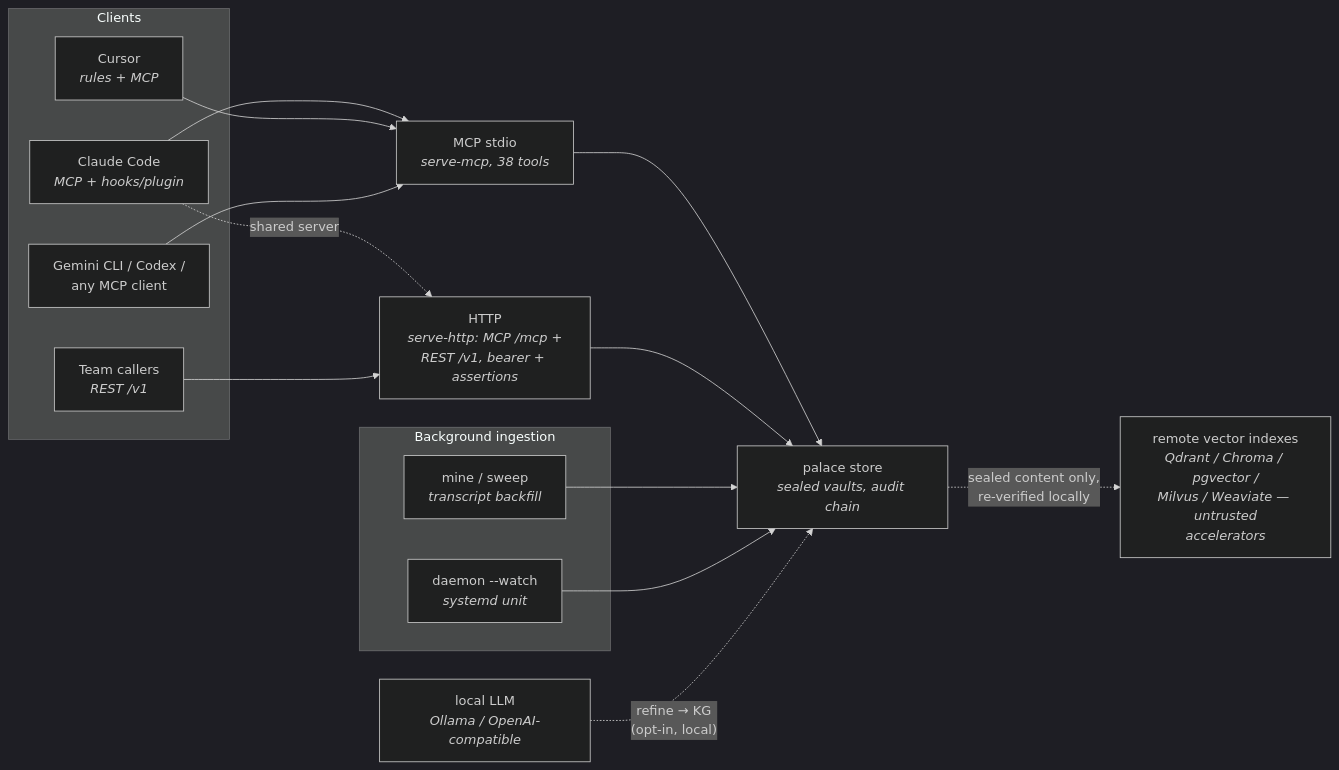
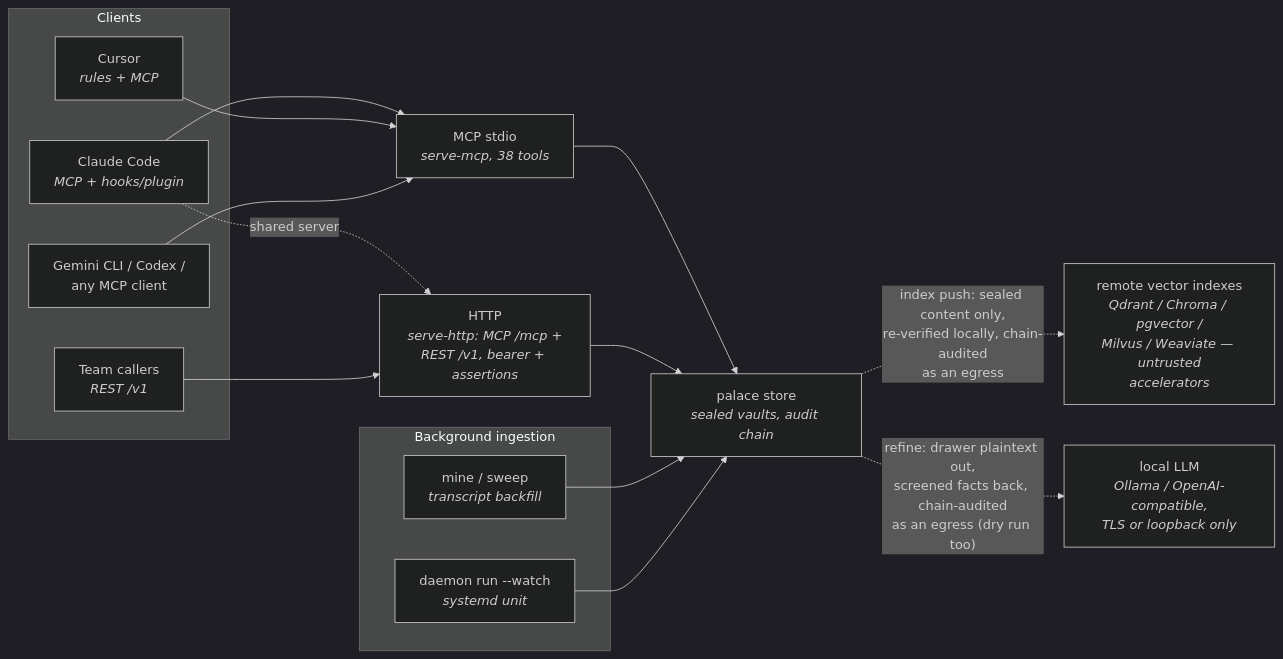
The diagram in docs/integrations.md (sealcroft/undercroft), drawn with Mermaid (dark theme) before and after one commit. The commit also changed 78 other files, not shown here.

First line of the commit message:
the three diagram sets described a different engine — audited against the code, corrected, and ten views added

````diff
--- a/docs/integrations.md
+++ b/docs/integrations.md
@@ -11,24 +11,24 @@
 ```mermaid
 flowchart LR
     subgraph clients["Clients"]
         cc["Claude Code<br/><i>MCP + hooks/plugin</i>"]
         cur["Cursor<br/><i>rules + MCP</i>"]
         gem["Gemini CLI / Codex /<br/>any MCP client"]
         team["Team callers<br/><i>REST /v1</i>"]
     end
     subgraph ingest["Background ingestion"]
         mine["mine / sweep<br/><i>transcript backfill</i>"]
-        daemon["daemon --watch<br/><i>systemd unit</i>"]
+        daemon["daemon run --watch<br/><i>systemd unit</i>"]
     end
     cc --> mcp["MCP stdio<br/><i>serve-mcp, 38 tools</i>"]
     cur --> mcp
     gem --> mcp
     cc -. "shared server" .-> http["HTTP<br/><i>serve-http: MCP /mcp +<br/>REST /v1, bearer + assertions</i>"]
     team --> http
     mcp --> store["palace store<br/><i>sealed vaults, audit chain</i>"]
     http --> store
     mine --> store
     daemon --> store
-    store -. "sealed content only,<br/>re-verified locally" .-> remote["remote vector indexes<br/><i>Qdrant / Chroma / pgvector /<br/>Milvus / Weaviate — untrusted<br/>accelerators</i>"]
-    llmx["local LLM<br/><i>Ollama / OpenAI-compatible</i>"] -. "refine → KG<br/>(opt-in, local)" .-> store
+    store -. "index push: sealed content only,<br/>re-verified locally, chain-audited<br/>as an egress" .-> remote["remote vector indexes<br/><i>Qdrant / Chroma / pgvector /<br/>Milvus / Weaviate — untrusted<br/>accelerators</i>"]
+    store -. "refine: drawer plaintext out,<br/>screened facts back, chain-audited<br/>as an egress (dry run too)" .-> llmx["local LLM<br/><i>Ollama / OpenAI-compatible,<br/>TLS or loopback only</i>"]
 ```
````
